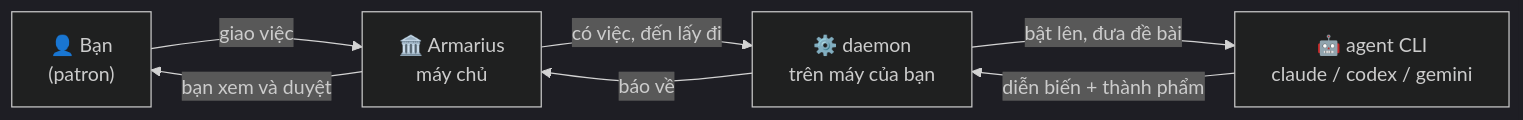
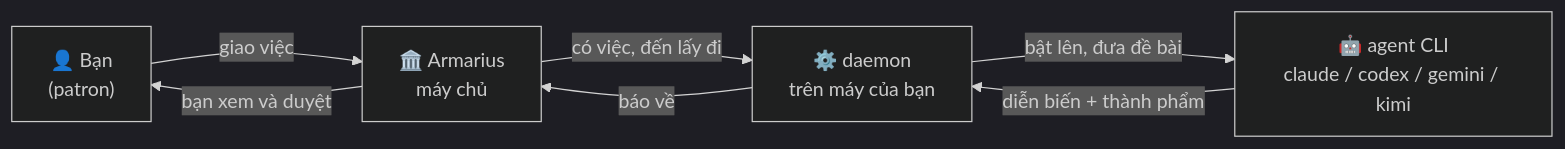
The diagram in docs/README.md (gnust-company/A.R.MARIUS), drawn with Mermaid (dark theme) before and after one commit. The commit also changed other lines of this file and 4 other files, not shown here.

````diff
--- a/docs/README.md
+++ b/docs/README.md
@@ -15,9 +15,9 @@
 ```mermaid
 flowchart LR
     P["👤 Bạn<br/>(patron)"] -->|"giao việc"| S["🏛️ Armarius<br/>máy chủ"]
     S -->|"có việc, đến lấy đi"| D["⚙️ daemon<br/>trên máy của bạn"]
-    D -->|"bật lên, đưa đề bài"| C["🤖 agent CLI<br/>claude / codex / gemini"]
+    D -->|"bật lên, đưa đề bài"| C["🤖 agent CLI<br/>claude / codex / gemini / kimi"]
     C -->|"diễn biến + thành phẩm"| D
     D -->|"báo về"| S
     S -->|"bạn xem và duyệt"| P
 ```
````
